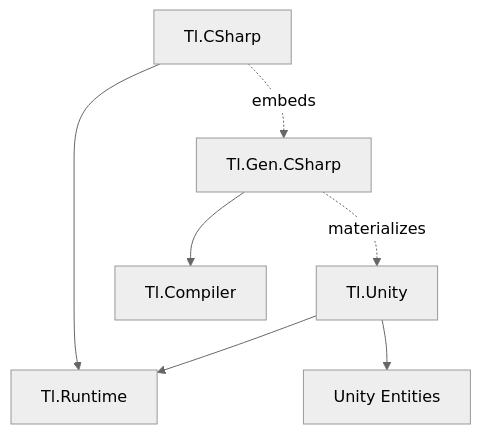
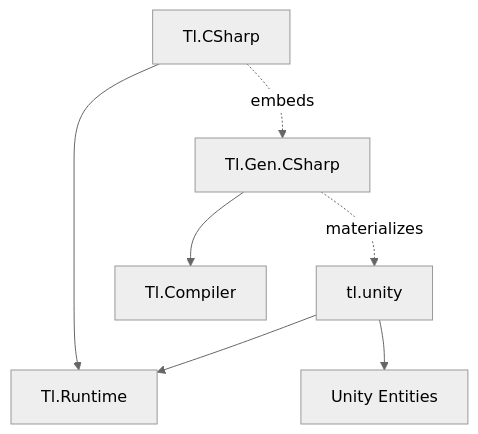
The second of 3 diagrams in docs/architecture.md (IAFahim/tl), drawn with Mermaid (neutral theme) before and after one commit. The commit also changed other lines of this file and 26 other files, not shown here.

````diff
--- a/docs/architecture.md
+++ b/docs/architecture.md
@@ -32,14 +32,14 @@
 ```mermaid
 flowchart TD
     Runtime[Tl.Runtime]
     Compiler[Tl.Compiler]
     CSharp[Tl.Gen.CSharp]
     Install[Tl.CSharp]
-    Unity[Tl.Unity]
+    Unity[tl.unity]
     CSharp --> Compiler
     Install --> Runtime
     Install -. embeds .-> CSharp
     Unity --> Runtime
     Unity --> Entities[Unity Entities]
     CSharp -. materializes .-> Unity
 ```
````
